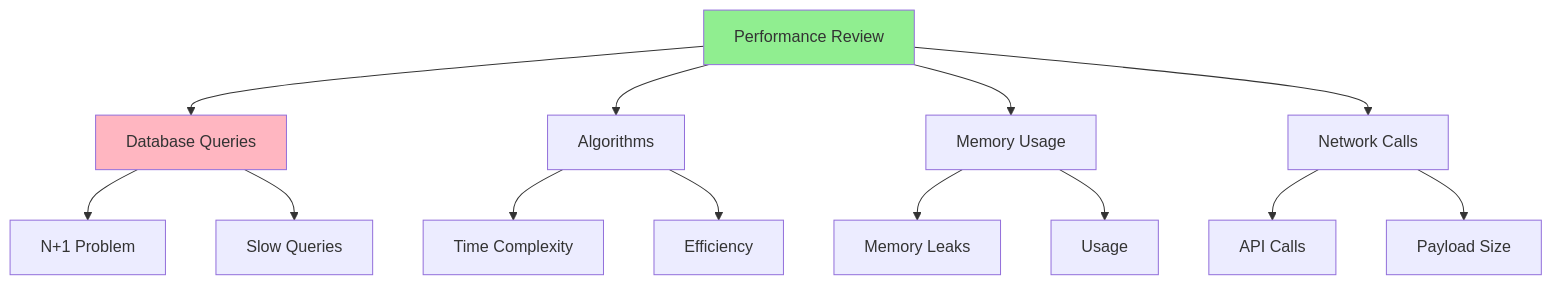
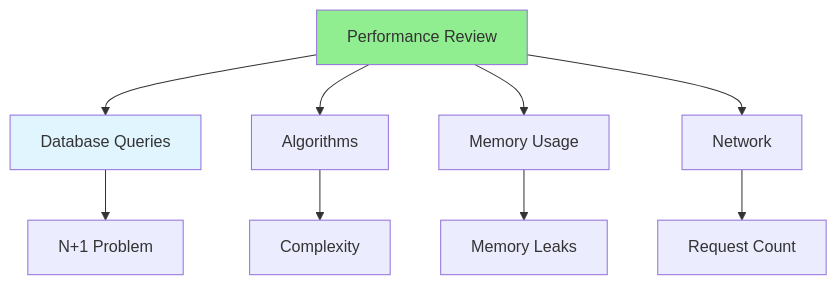
One commit to iouthnamain/tech-note changed the diagram in Full-Stack-Guides/Group-08-Code-Review/08.06_Performance_Review.md. Above: the diagram before and after it, drawn with Mermaid. The commit also changed other lines of this file and 480 other files, not shown here.

````diff
--- a/Full-Stack-Guides/Group-08-Code-Review/08.06_Performance_Review.md
+++ b/Full-Stack-Guides/Group-08-Code-Review/08.06_Performance_Review.md
@@ -22,22 +22,15 @@
 ```mermaid
 graph TD
     Performance[Performance Review] --> Queries[Database Queries]
     Performance --> Algorithms[Algorithms]
     Performance --> Memory[Memory Usage]
-    Performance --> Network[Network Calls]
+    Performance --> Network[Network]
     
     Queries --> NPlus1[N+1 Problem]
-    Queries --> Slow[Slow Queries]
-    
-    Algorithms --> Complexity[Time Complexity]
-    Algorithms --> Efficiency[Efficiency]
-    
+    Algorithms --> Complexity[Complexity]
     Memory --> Leaks[Memory Leaks]
-    Memory --> Usage[Usage]
-    
-    Network --> Calls[API Calls]
-    Network --> Payload[Payload Size]
+    Network --> Requests[Request Count]
     
     style Performance fill:#90EE90
-    style Queries fill:#FFB6C1
+    style Queries fill:#e1f5ff
 ```
````
